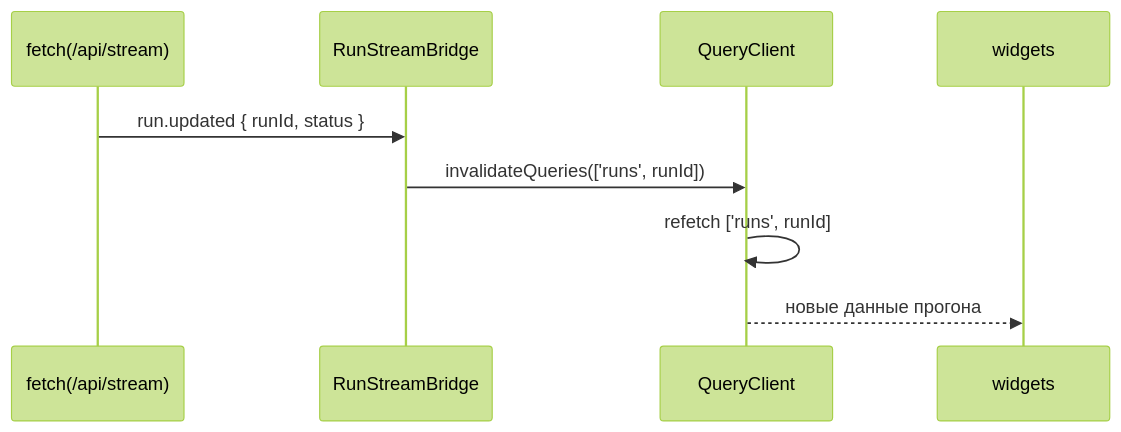
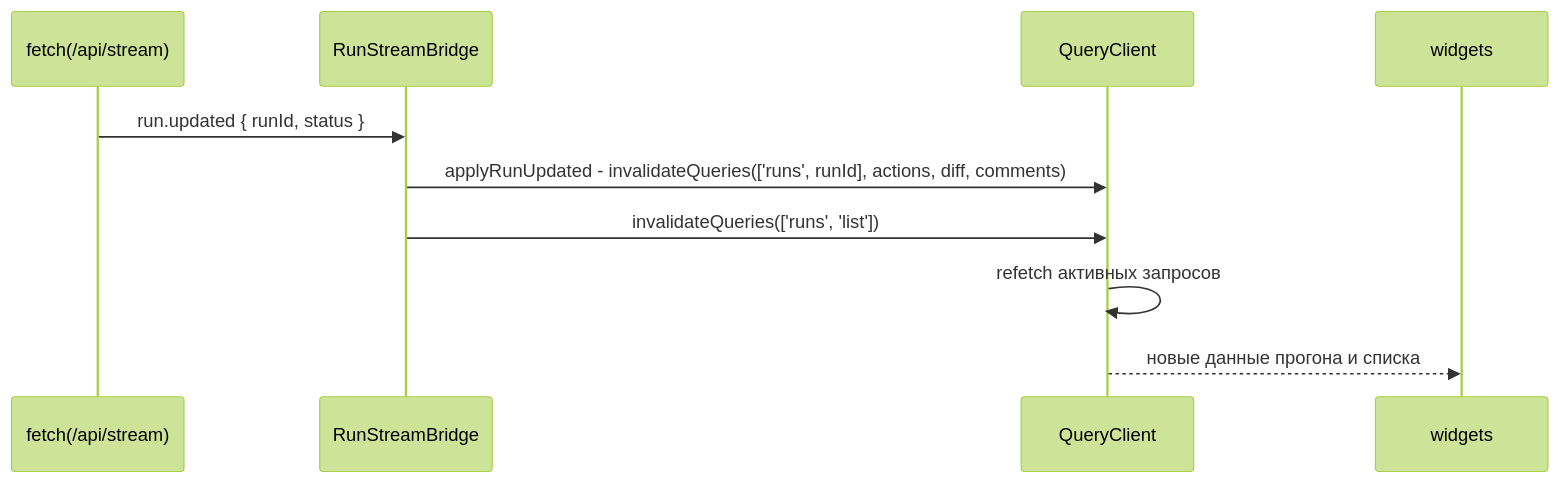
One commit to larchanka-training/dmc-268-ui-t6 changed the second of 4 diagrams in docs/FRONTEND_ARCHITECTURE.md. Above: the diagram before and after it, drawn with Mermaid (forest theme). The commit also changed other lines of this file, not shown here.

First line of the commit message:
docs(architecture): describe the progress bar, actions polling and walking mocks (#84)

````diff
--- a/docs/FRONTEND_ARCHITECTURE.md
+++ b/docs/FRONTEND_ARCHITECTURE.md
@@ -445,12 +477,13 @@
 ```mermaid
 sequenceDiagram
   participant SSE as fetch(/api/stream)
   participant Bridge as RunStreamBridge
   participant QC as QueryClient
   participant UI as widgets
 
   SSE->>Bridge: run.updated { runId, status }
-  Bridge->>QC: invalidateQueries(['runs', runId])
-  QC->>QC: refetch ['runs', runId]
-  QC-->>UI: новые данные прогона
+  Bridge->>QC: applyRunUpdated - invalidateQueries(['runs', runId], actions, diff, comments)
+  Bridge->>QC: invalidateQueries(['runs', 'list'])
+  QC->>QC: refetch активных запросов
+  QC-->>UI: новые данные прогона и списка
 ```
````
